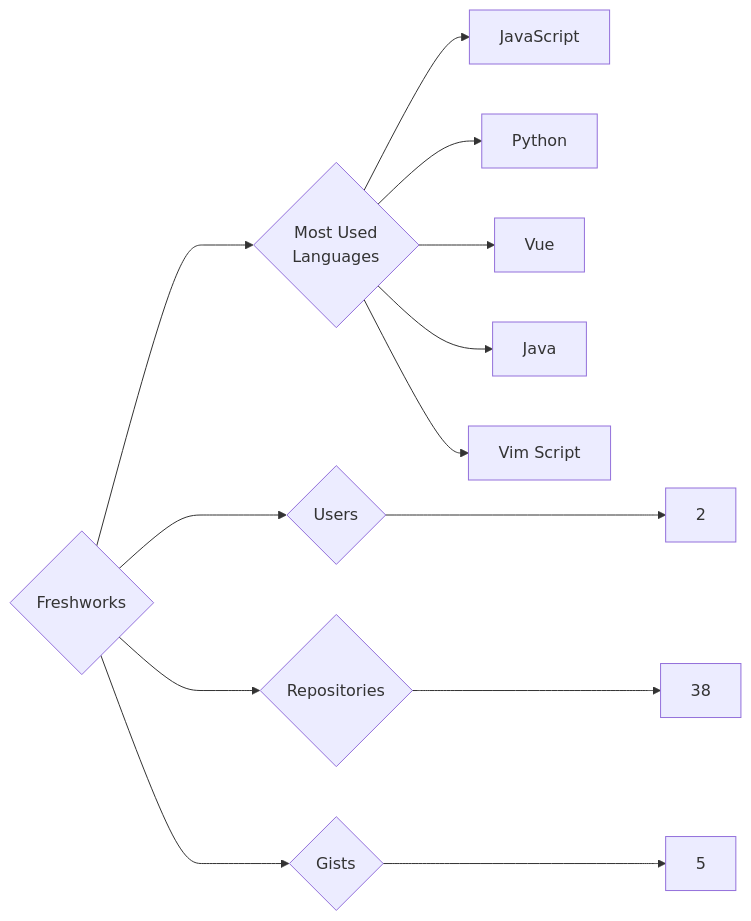
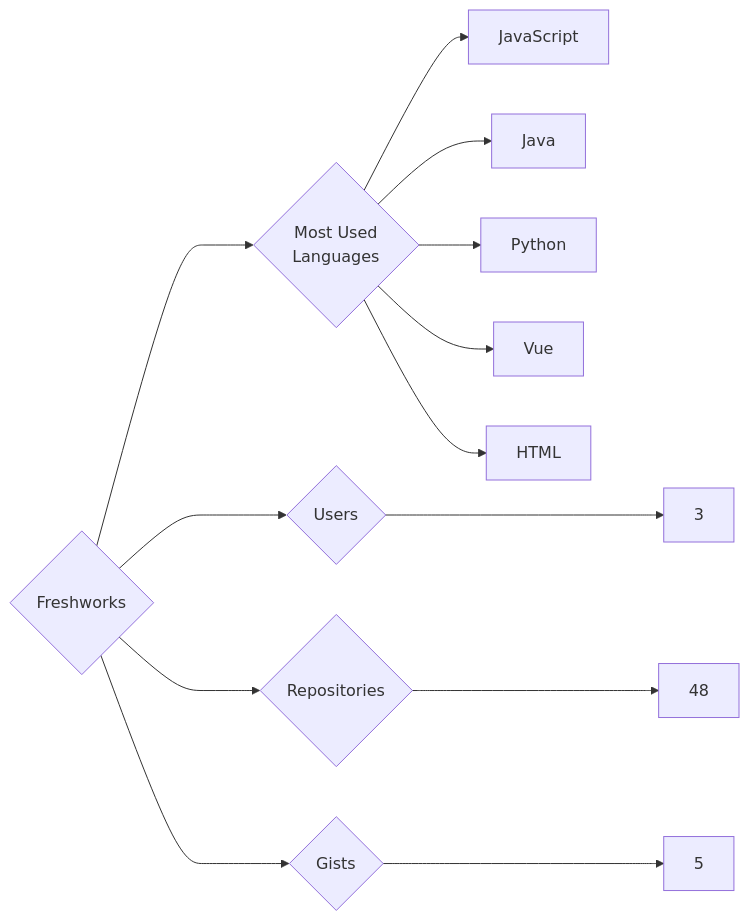
The diagram in targets/Freshworks/README.md (trickest/insiders), drawn with Mermaid before and after one commit. The commit also changed 988 other files, not shown here.

````diff
--- a/targets/Freshworks/README.md
+++ b/targets/Freshworks/README.md
@@ -3,13 +3,13 @@
 ```mermaid
 graph LR
 COMPANY_NAME{Freshworks}
-COMPANY_NAME ---> U{Users} ---> UN[2]
-COMPANY_NAME ---> R{Repositories} ---> RN[38]
+COMPANY_NAME ---> U{Users} ---> UN[3]
+COMPANY_NAME ---> R{Repositories} ---> RN[48]
 COMPANY_NAME ---> G{Gists} ---> GN[5]
 COMPANY_NAME ---> ML{Most Used<br>Languages}
 ML --> JavaScript[JavaScript]
+ML --> Java[Java]
 ML --> Python[Python]
 ML --> Vue[Vue]
-ML --> Java[Java]
-ML --> Vim_Script[Vim Script]
+ML --> HTML[HTML]
 ```
````
